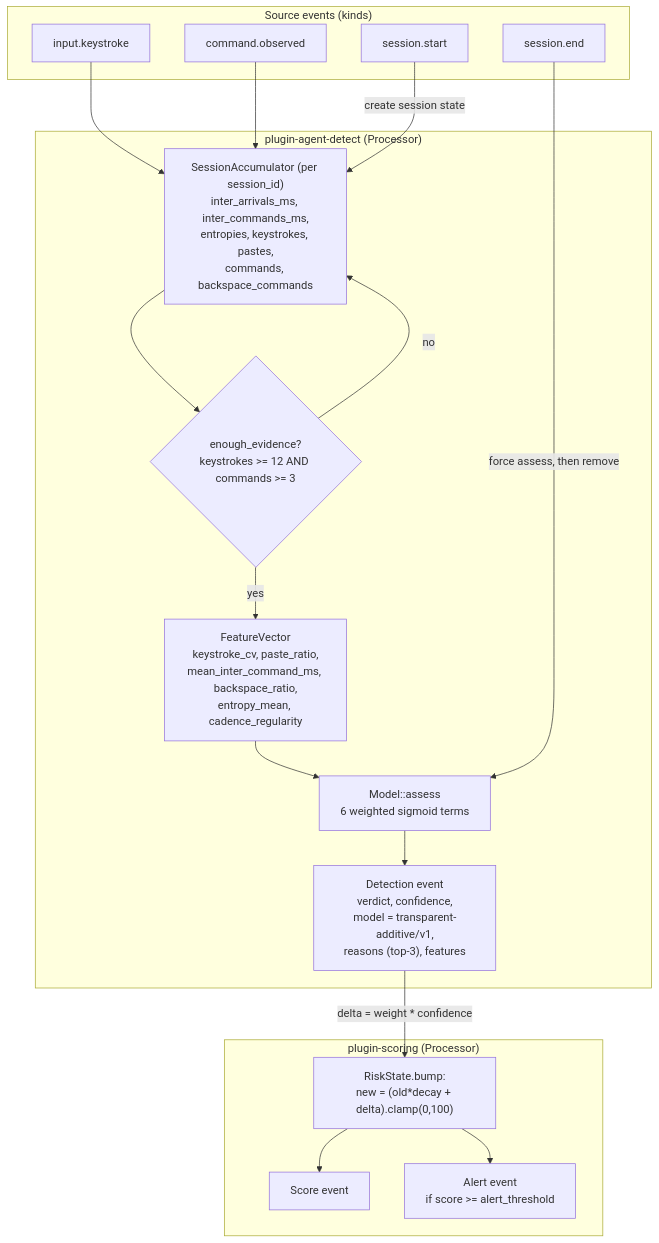
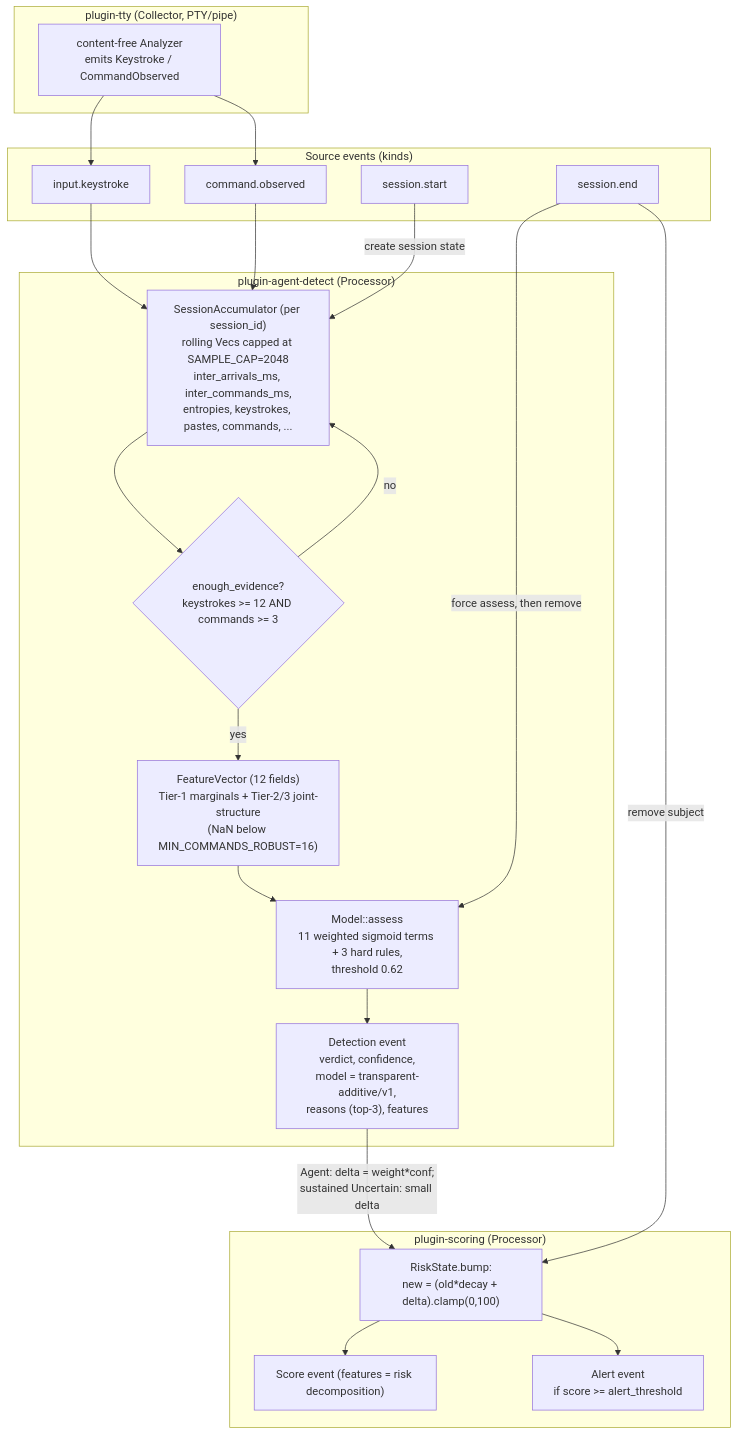
The seventh of 9 diagrams in docs/ARCHITECTURE.md (AnthonyHerman/insider-threat-profiling), drawn with Mermaid before and after one commit. The commit also changed other lines of this file and 7 other files, not shown here.

````diff
--- a/docs/ARCHITECTURE.md
+++ b/docs/ARCHITECTURE.md
@@ -559,35 +620,42 @@
 ```mermaid
 flowchart TB
   subgraph SRC["Source events (kinds)"]
     K["input.keystroke"]
     C["command.observed"]
     SS["session.start"]
     SE["session.end"]
   end
 
+  subgraph COLL["plugin-tty (Collector, PTY/pipe)"]
+    TTY["content-free Analyzer\nemits Keystroke / CommandObserved"]
+  end
+
   subgraph AD["plugin-agent-detect (Processor)"]
-    ACC["SessionAccumulator (per session_id)\ninter_arrivals_ms, inter_commands_ms,\nentropies, keystrokes, pastes,\ncommands, backspace_commands"]
+    ACC["SessionAccumulator (per session_id)\nrolling Vecs capped at SAMPLE_CAP=2048\ninter_arrivals_ms, inter_commands_ms,\nentropies, keystrokes, pastes, commands, ..."]
     GATE{"enough_evidence?\nkeystrokes >= 12 AND commands >= 3"}
-    FV["FeatureVector\nkeystroke_cv, paste_ratio,\nmean_inter_command_ms, backspace_ratio,\nentropy_mean, cadence_regularity"]
-    MODEL["Model::assess\n6 weighted sigmoid terms"]
+    FV["FeatureVector (12 fields)\nTier-1 marginals + Tier-2/3 joint-structure\n(NaN below MIN_COMMANDS_ROBUST=16)"]
+    MODEL["Model::assess\n11 weighted sigmoid terms + 3 hard rules,\nthreshold 0.62"]
     DET["Detection event\nverdict, confidence,\nmodel = transparent-additive/v1,\nreasons (top-3), features"]
   end
 
   subgraph SC["plugin-scoring (Processor)"]
     RISK["RiskState.bump:\nnew = (old*decay + delta).clamp(0,100)"]
-    SCORE["Score event"]
+    SCORE["Score event (features = risk decomposition)"]
     ALERT["Alert event\nif score >= alert_threshold"]
   end
 
+  TTY --> K
+  TTY --> C
   K --> ACC
   C --> ACC
   SS -->|create session state| ACC
   ACC --> GATE
   GATE -- no --> ACC
   GATE -- yes --> FV --> MODEL --> DET
   SE -->|force assess, then remove| MODEL
 
-  DET -->|delta = weight * confidence| RISK
+  DET -->|"Agent: delta = weight*conf;\nsustained Uncertain: small delta"| RISK
+  SE -->|remove subject| RISK
   RISK --> SCORE
   RISK --> ALERT
 ```
````
